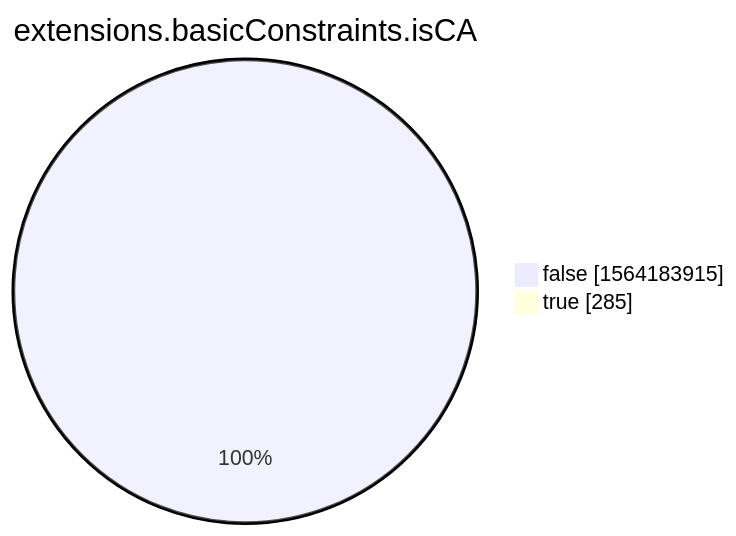
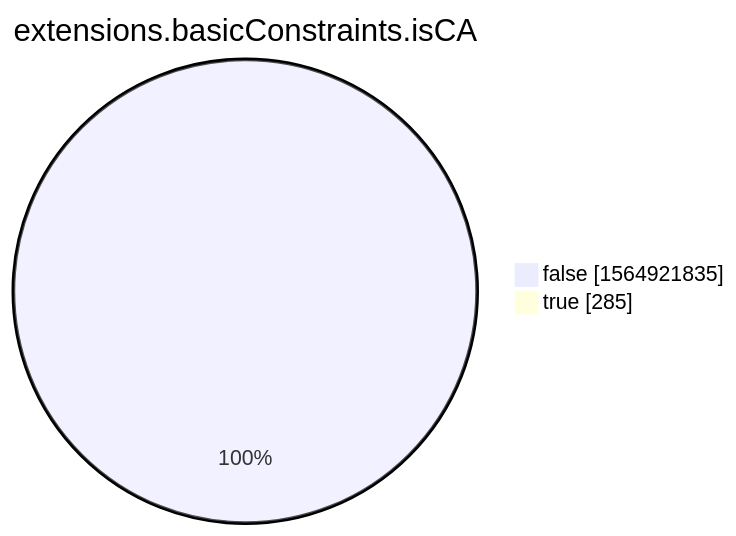
One commit to christiankrug/ctmonitor_visualization changed the eighth of 15 diagrams in xenon2022/README.md. Above: the diagram before and after it, drawn with Mermaid. The commit also changed other lines of this file, not shown here.

````diff
--- a/xenon2022/README.md
+++ b/xenon2022/README.md
@@ -2860,6 +2860,6 @@
 ```mermaid
 pie showData
 title extensions.basicConstraints.isCA
-"false" :1564183915
+"false" :1564921835
 "true" :285
 ```
````
